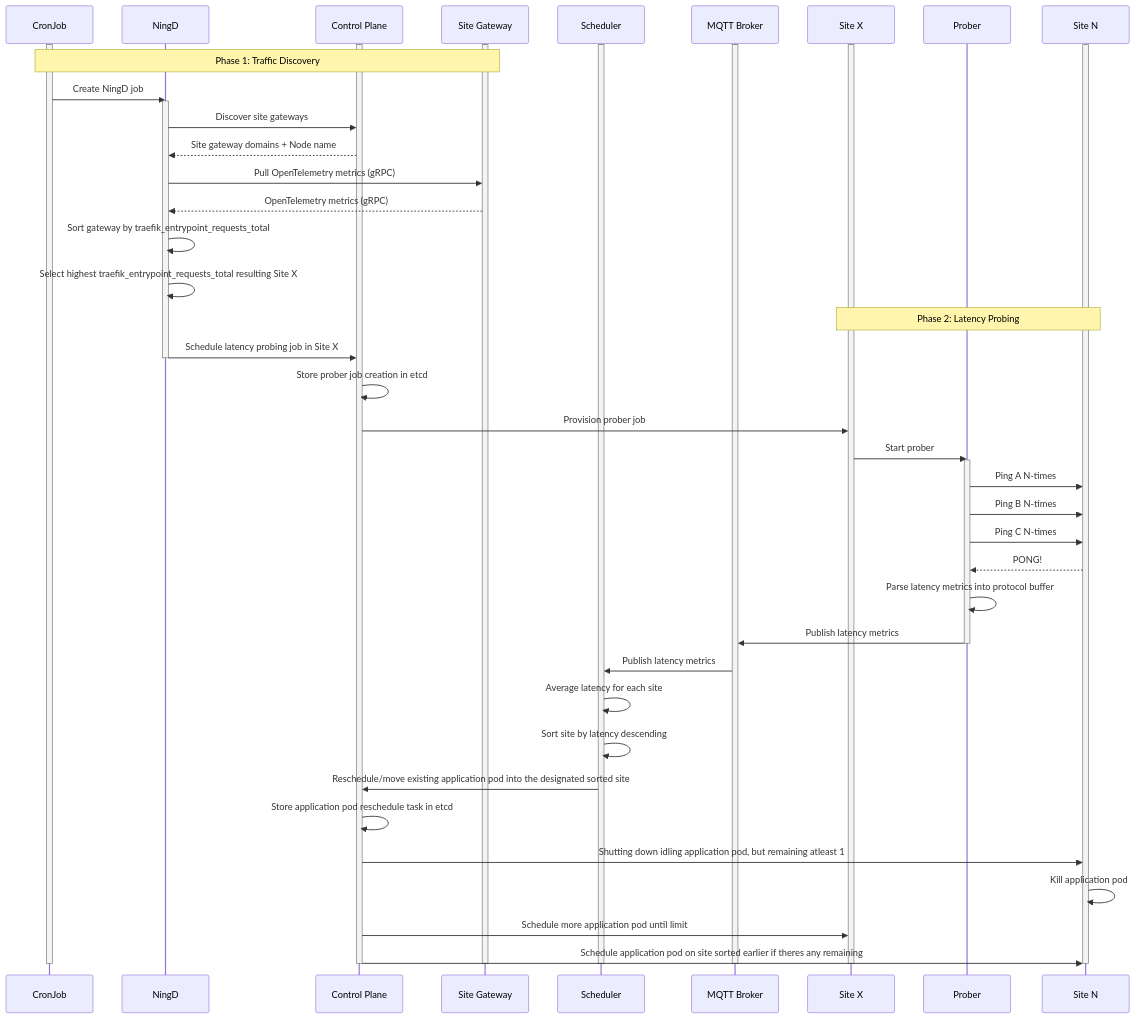
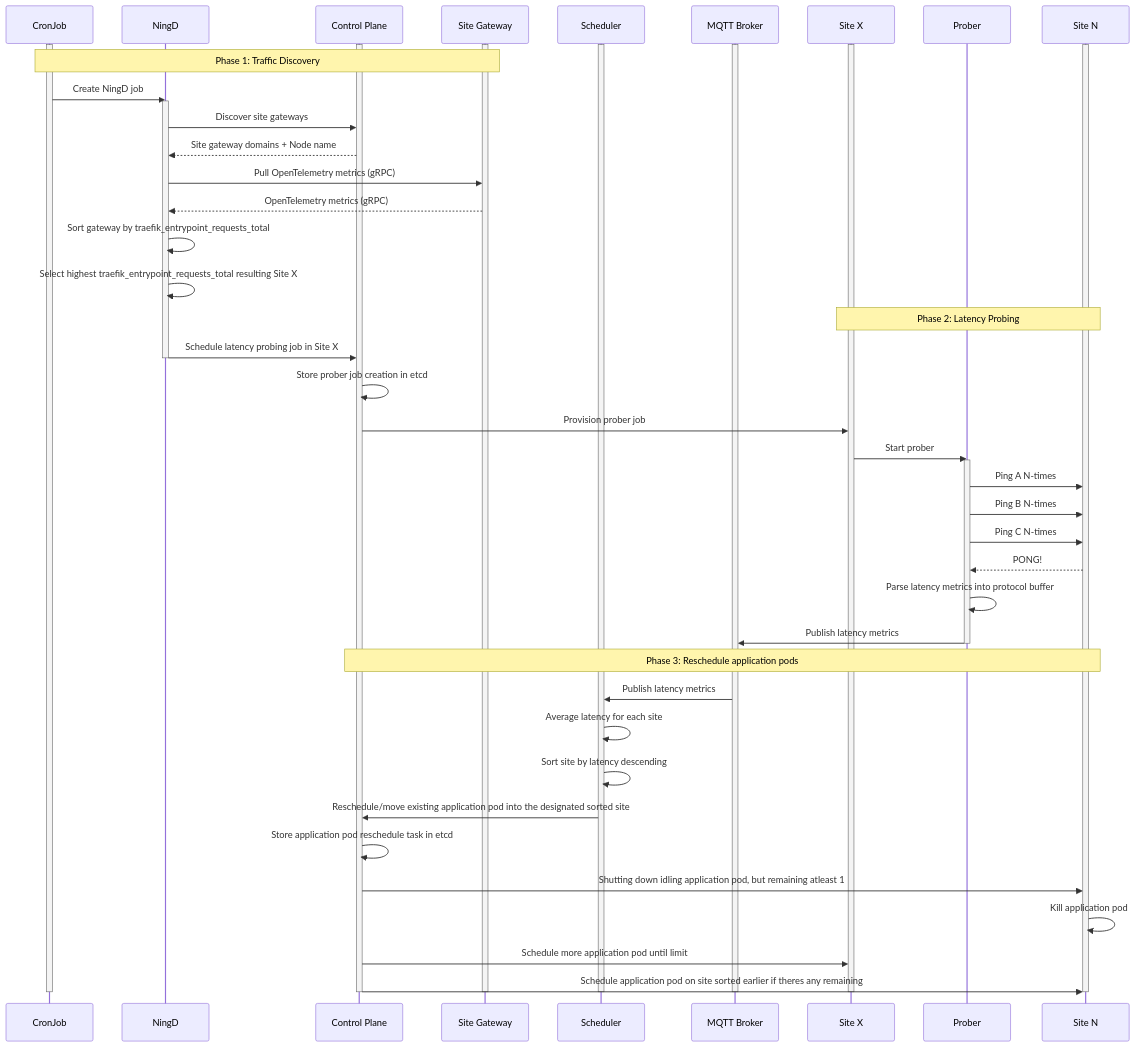
Before and after one commit to mirzahilmi/latency-aware-kubernetes: the diagram in docs/sequence_diagram_v0.2.mermaid, drawn with Mermaid.

Commit message:
refactor(doc): add label over rescheduling phase

```diff
--- a/docs/sequence_diagram_v0.2.mermaid
+++ b/docs/sequence_diagram_v0.2.mermaid
@@ -1,61 +1,62 @@
 sequenceDiagram
     participant Cr as CronJob
     participant D as NingD
     participant K as Control Plane
     participant G as Site Gateway
     participant Sc as Scheduler
     participant B as MQTT Broker
     participant SX as Site X
     participant P as Prober
     participant SN as Site N
 
     activate Cr
     activate K
     activate G
     activate B
     activate SX
     activate SN
     activate Sc
 
     Note over Cr,G: Phase 1: Traffic Discovery
     Cr->>D: Create NingD job
     activate D
     D->>K: Discover site gateways
     K-->>D: Site gateway domains + Node name
     D->>G: Pull OpenTelemetry metrics (gRPC)
     G-->>D: OpenTelemetry metrics (gRPC)
     D->>D: Sort gateway by traefik_entrypoint_requests_total
     D->>D: Select highest traefik_entrypoint_requests_total resulting Site X
 
     Note over SX,SN: Phase 2: Latency Probing
     D->>K: Schedule latency probing job in Site X
     deactivate D
     K->>K: Store prober job creation in etcd
     K->>SX: Provision prober job
     SX->>P: Start prober
     activate P
     P->>SN: Ping A N-times
     P->>SN: Ping B N-times
     P->>SN: Ping C N-times
     SN-->>P: PONG!
     P->>P: Parse latency metrics into protocol buffer
     P->>B: Publish latency metrics
     deactivate P
 
+    Note over K,SN: Phase 3: Reschedule application pods
     B->>Sc: Publish latency metrics
     Sc->>Sc: Average latency for each site
     Sc->>Sc: Sort site by latency descending
     Sc->>K: Reschedule/move existing application pod into the designated sorted site
     K->>K: Store application pod reschedule task in etcd
     K->>SN: Shutting down idling application pod, but remaining atleast 1
     SN->>SN: Kill application pod
     K->>SX: Schedule more application pod until limit
     K->>SN: Schedule application pod on site sorted earlier if theres any remaining
 
     deactivate Cr
     deactivate K
     deactivate G
     deactivate B
     deactivate SX
     deactivate SN
     deactivate Sc
```
